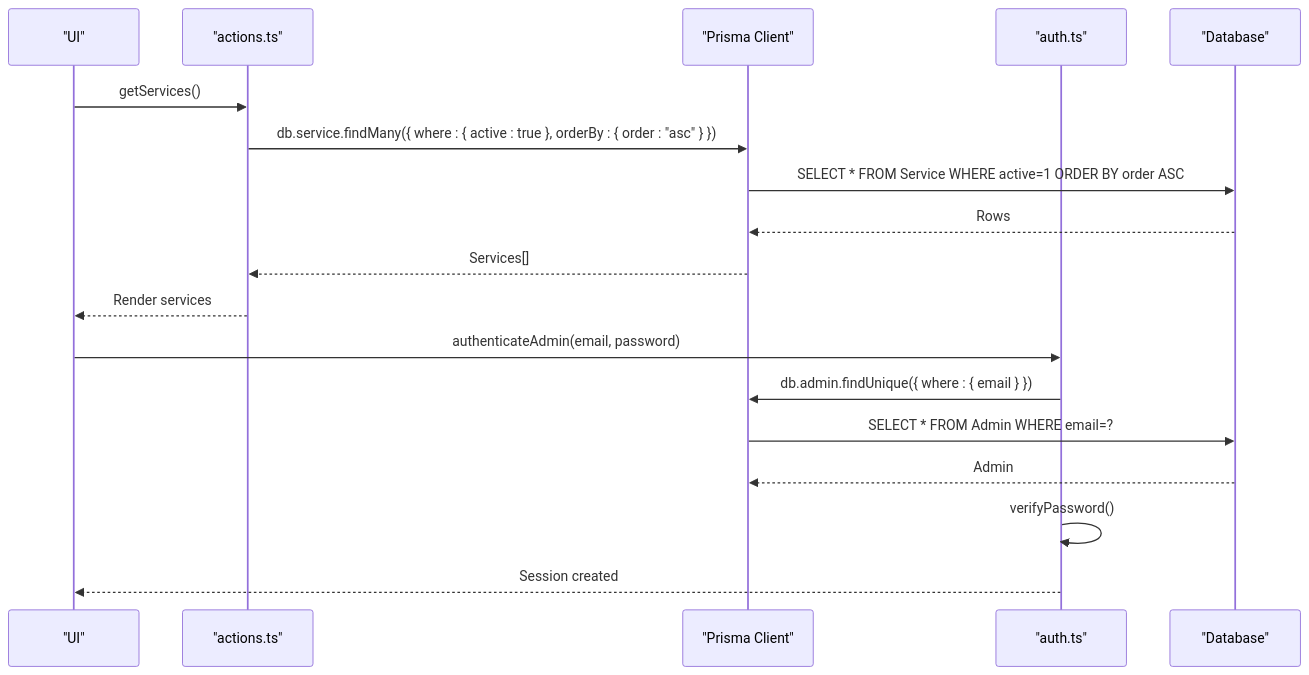
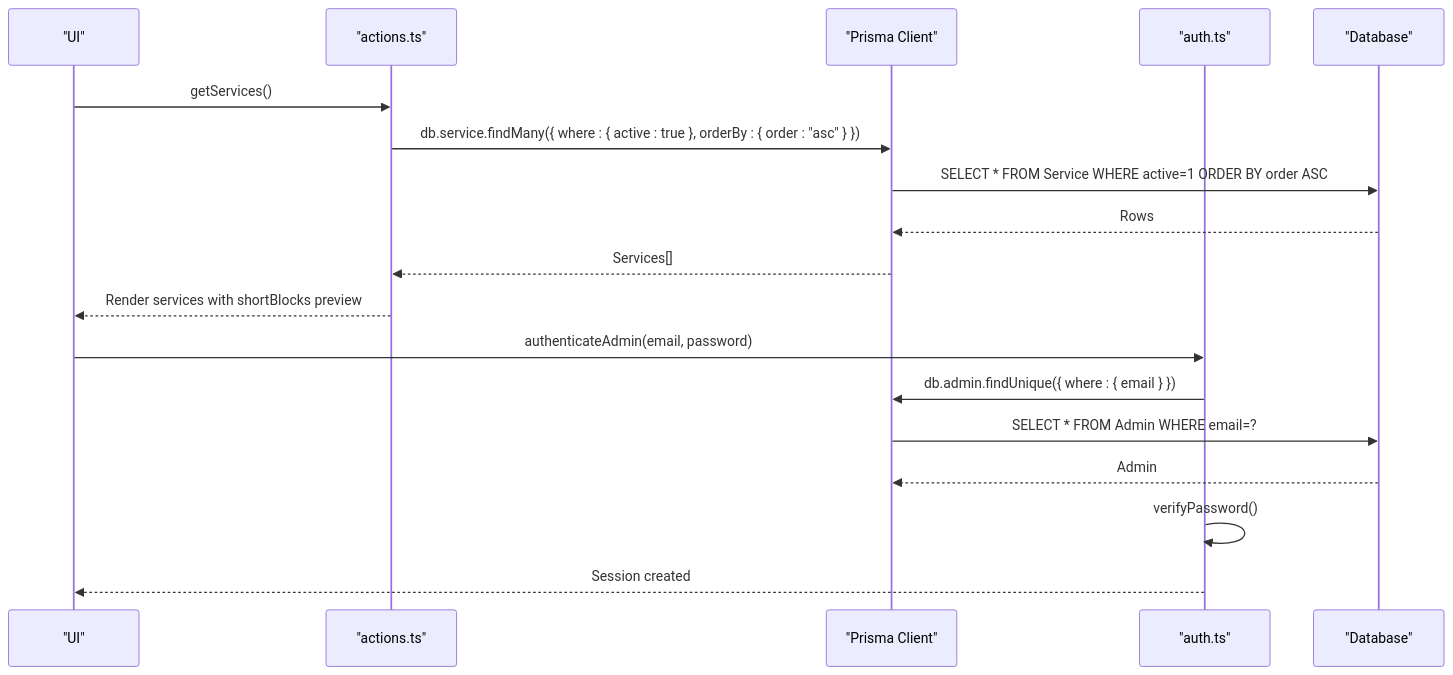
One commit to xLegarda/GreenAxis changed the fourth of 5 diagrams in .qoder/repowiki/en/content/Database Design & Data Model/Database Design & Data Model.md. Above: the diagram before and after it, drawn with Mermaid. The commit also changed other lines of this file and 42 other files, not shown here.

````diff
--- a/.qoder/repowiki/en/content/Database Design & Data Model/Database Design & Data Model.md
+++ b/.qoder/repowiki/en/content/Database Design & Data Model/Database Design & Data Model.md
@@ -408,20 +426,20 @@
 ```mermaid
 sequenceDiagram
 participant UI as "UI"
 participant Actions as "actions.ts"
 participant Prisma as "Prisma Client"
 participant Auth as "auth.ts"
 participant DB as "Database"
 UI->>Actions : getServices()
 Actions->>Prisma : db.service.findMany({ where : { active : true }, orderBy : { order : "asc" } })
 Prisma->>DB : SELECT * FROM Service WHERE active=1 ORDER BY order ASC
 DB-->>Prisma : Rows
 Prisma-->>Actions : Services[]
-Actions-->>UI : Render services
+Actions-->>UI : Render services with shortBlocks preview
 UI->>Auth : authenticateAdmin(email, password)
 Auth->>Prisma : db.admin.findUnique({ where : { email } })
 Prisma->>DB : SELECT * FROM Admin WHERE email=?
 DB-->>Prisma : Admin
 Auth->>Auth : verifyPassword()
 Auth-->>UI : Session created
 ```
````
